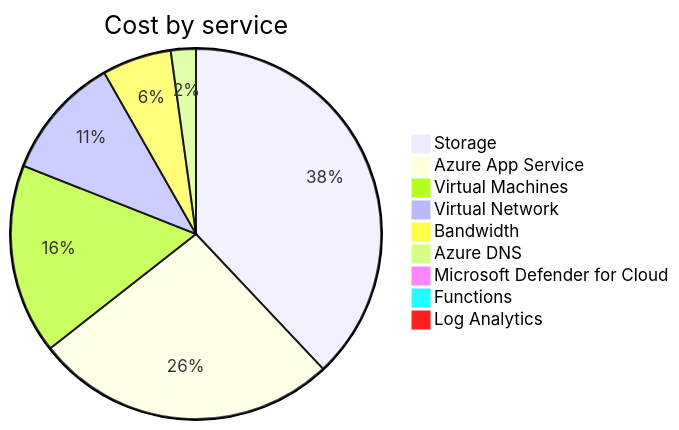
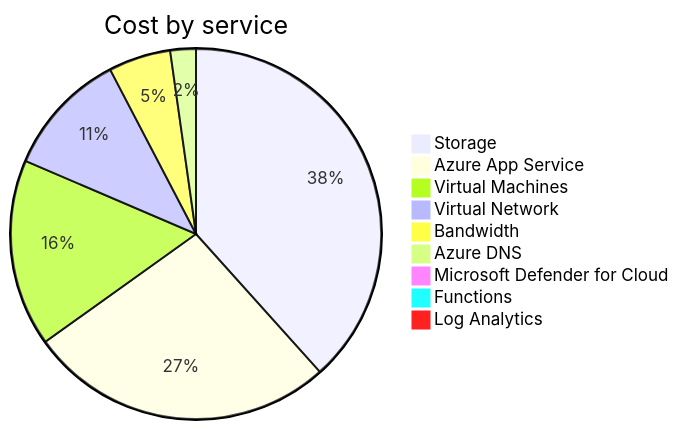
One commit to jpfulton/azure-personal-reports changed the second of 4 diagrams in cost-reports/accumulated-cost.md. Above: the diagram before and after it, drawn with Mermaid. The commit also changed other lines of this file and 4 other files, not shown here.

````diff
--- a/cost-reports/accumulated-cost.md
+++ b/cost-reports/accumulated-cost.md
@@ -103,13 +103,13 @@
 ```mermaid
 pie
    title Cost by service
-   "Storage" : 7.47
-   "Azure App Service" : 5.20
-   "Virtual Machines" : 3.26
-   "Virtual Network" : 2.12
+   "Storage" : 8.41
+   "Azure App Service" : 5.87
+   "Virtual Machines" : 3.58
+   "Virtual Network" : 2.39
    "Bandwidth" : 1.19
-   "Azure DNS" : 0.43
+   "Azure DNS" : 0.49
    "Microsoft Defender for Cloud" : 0.09
    "Functions" : 0.00
    "Log Analytics" : 0.00
 ```
````
